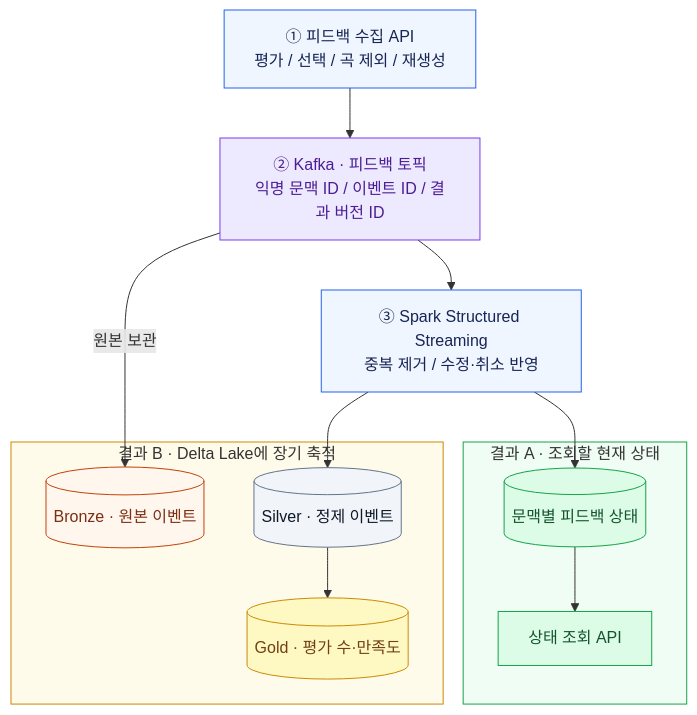
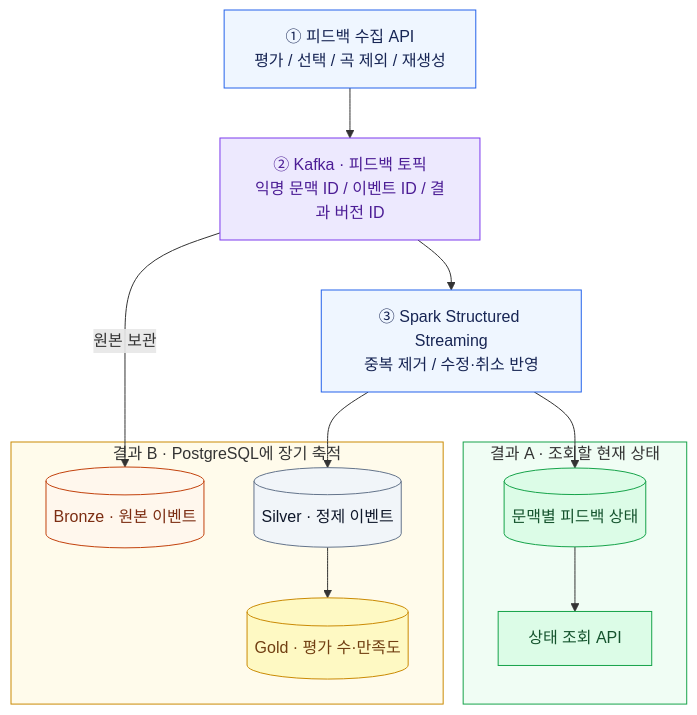
Before and after one commit to encore-ai-campus/mlo-01-p3-team1: the second of 4 diagrams in docs/product/카페_음악_추천_서비스_3차_구현_태스크.md, drawn with Mermaid. The commit also changed other lines of this file and 36 other files, not shown here.

````diff
--- a/docs/product/카페_음악_추천_서비스_3차_구현_태스크.md
+++ b/docs/product/카페_음악_추천_서비스_3차_구현_태스크.md
@@ -106,35 +121,35 @@
 ```mermaid
 flowchart TB
     SOURCE["① 피드백 수집 API<br/>평가 / 선택 / 곡 제외 / 재생성"]
     KAFKA["② Kafka · 피드백 토픽<br/>익명 문맥 ID / 이벤트 ID / 결과 버전 ID"]
     SPARK["③ Spark Structured Streaming<br/>중복 제거 / 수정·취소 반영"]
     SOURCE --> KAFKA --> SPARK
     KAFKA -->|원본 보관| BRONZE
     subgraph LIVE["결과 A · 조회할 현재 상태"]
         STATE[("문맥별 피드백 상태")]
         VIEW["상태 조회 API"]
         STATE --> VIEW
     end
-    subgraph LAKE["결과 B · Delta Lake에 장기 축적"]
+    subgraph LAKE["결과 B · PostgreSQL에 장기 축적"]
         BRONZE[("Bronze · 원본 이벤트")]
         SILVER[("Silver · 정제 이벤트")]
         GOLD[("Gold · 평가 수·만족도")]
         SILVER --> GOLD
     end
     SPARK --> STATE
     SPARK --> SILVER
     classDef process fill:#eff6ff,stroke:#2563eb,color:#172554;
     classDef event fill:#ede9fe,stroke:#7c3aed,color:#4c1d95;
     classDef state fill:#dcfce7,stroke:#16a34a,color:#14532d;
     classDef bronze fill:#fff7ed,stroke:#c2410c,color:#7c2d12;
     classDef silver fill:#f1f5f9,stroke:#64748b,color:#0f172a;
     classDef gold fill:#fef9c3,stroke:#ca8a04,color:#713f12;
     class SOURCE,SPARK process;
     class KAFKA event;
     class STATE,VIEW state;
     class BRONZE bronze;
     class SILVER silver;
     class GOLD gold;
     style LIVE fill:#f0fdf4,stroke:#16a34a
     style LAKE fill:#fffbeb,stroke:#ca8a04
 ```
````
